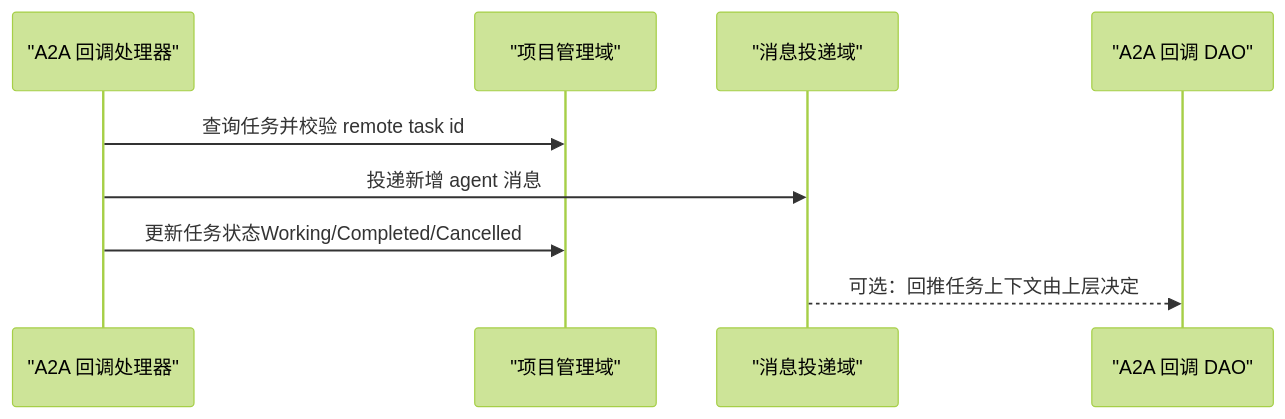
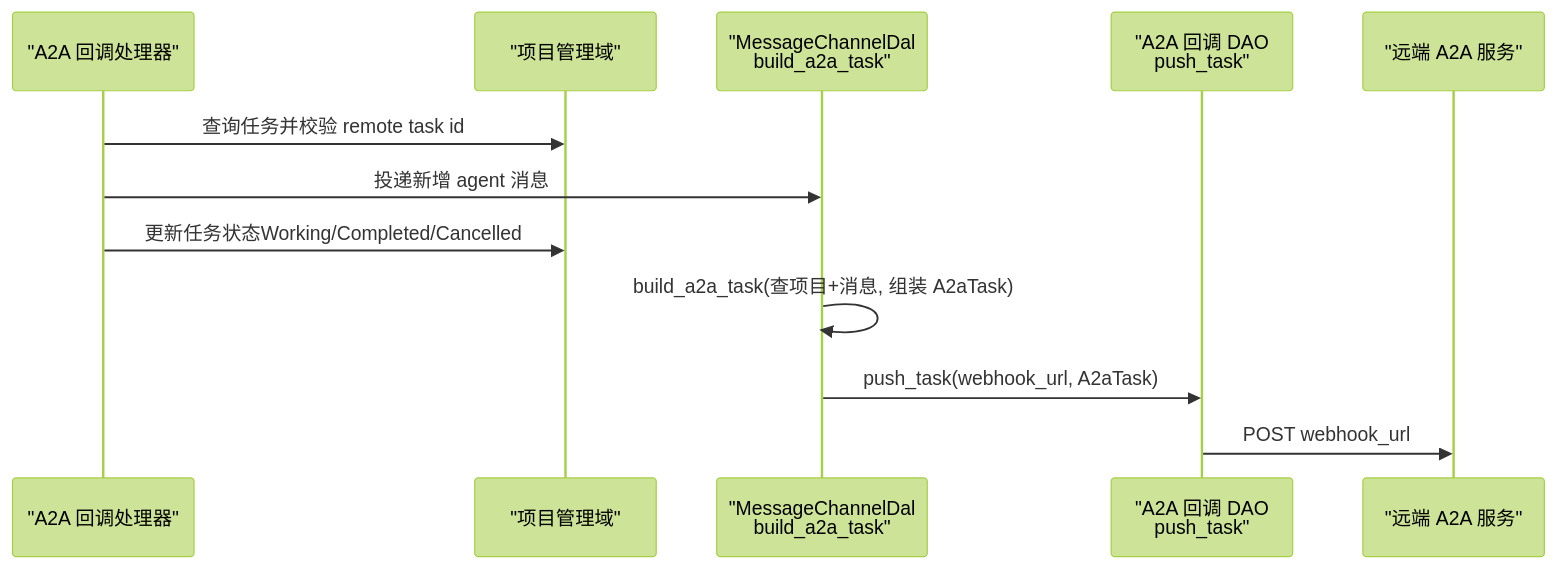
One commit to runningcoders/ai_orz changed the fifth of 6 diagrams in docs/wiki/zh/content/核心模块/服务层/数据对象层 (DAO)/外部 API 数据访问对象.md. Above: the diagram before and after it, drawn with Mermaid (forest theme). The commit also changed other lines of this file and 11 other files, not shown here.

````diff
--- a/docs/wiki/zh/content/核心模块/服务层/数据对象层 (DAO)/外部 API 数据访问对象.md
+++ b/docs/wiki/zh/content/核心模块/服务层/数据对象层 (DAO)/外部 API 数据访问对象.md
@@ -206,11 +214,14 @@
 ```mermaid
 sequenceDiagram
 participant Handler as "A2A 回调处理器"
 participant Proj as "项目管理域"
-participant Msg as "消息投递域"
-participant A2ADao as "A2A 回调 DAO"
+participant MsgDal as "MessageChannelDal<br/>build_a2a_task"
+participant A2ADao as "A2A 回调 DAO<br/>push_task"
+participant Remote as "远端 A2A 服务"
 Handler->>Proj : 查询任务并校验 remote task id
-Handler->>Msg : 投递新增 agent 消息
+Handler->>MsgDal : 投递新增 agent 消息
 Handler->>Proj : 更新任务状态Working/Completed/Cancelled
-Msg-->>A2ADao : 可选：回推任务上下文由上层决定
+MsgDal->>MsgDal : build_a2a_task(查项目+消息, 组装 A2aTask)
+MsgDal->>A2ADao : push_task(webhook_url, A2aTask)
+A2ADao->>Remote : POST webhook_url
 ```
````
